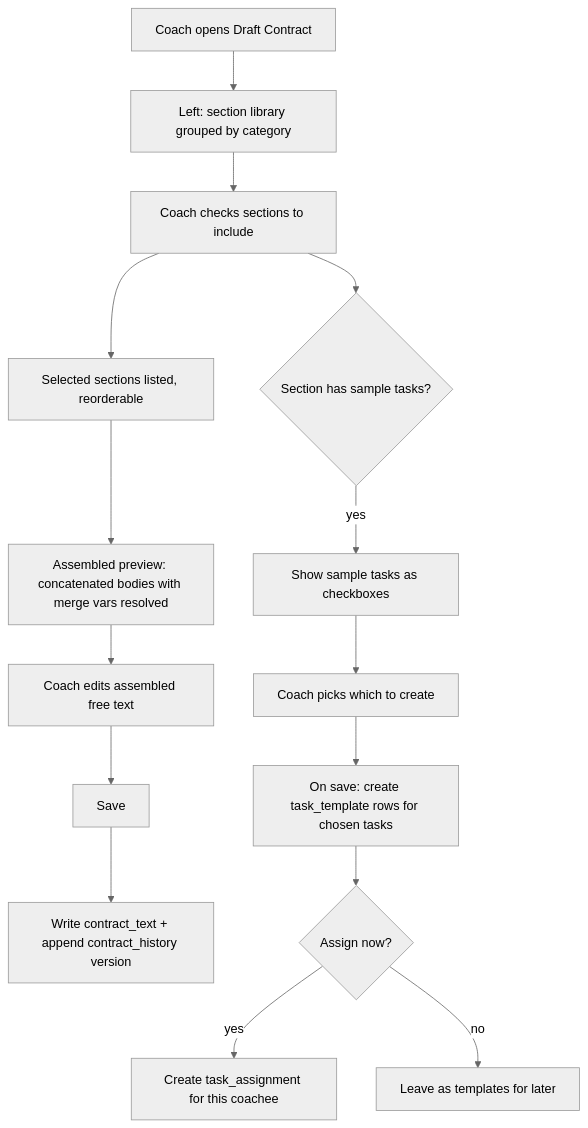
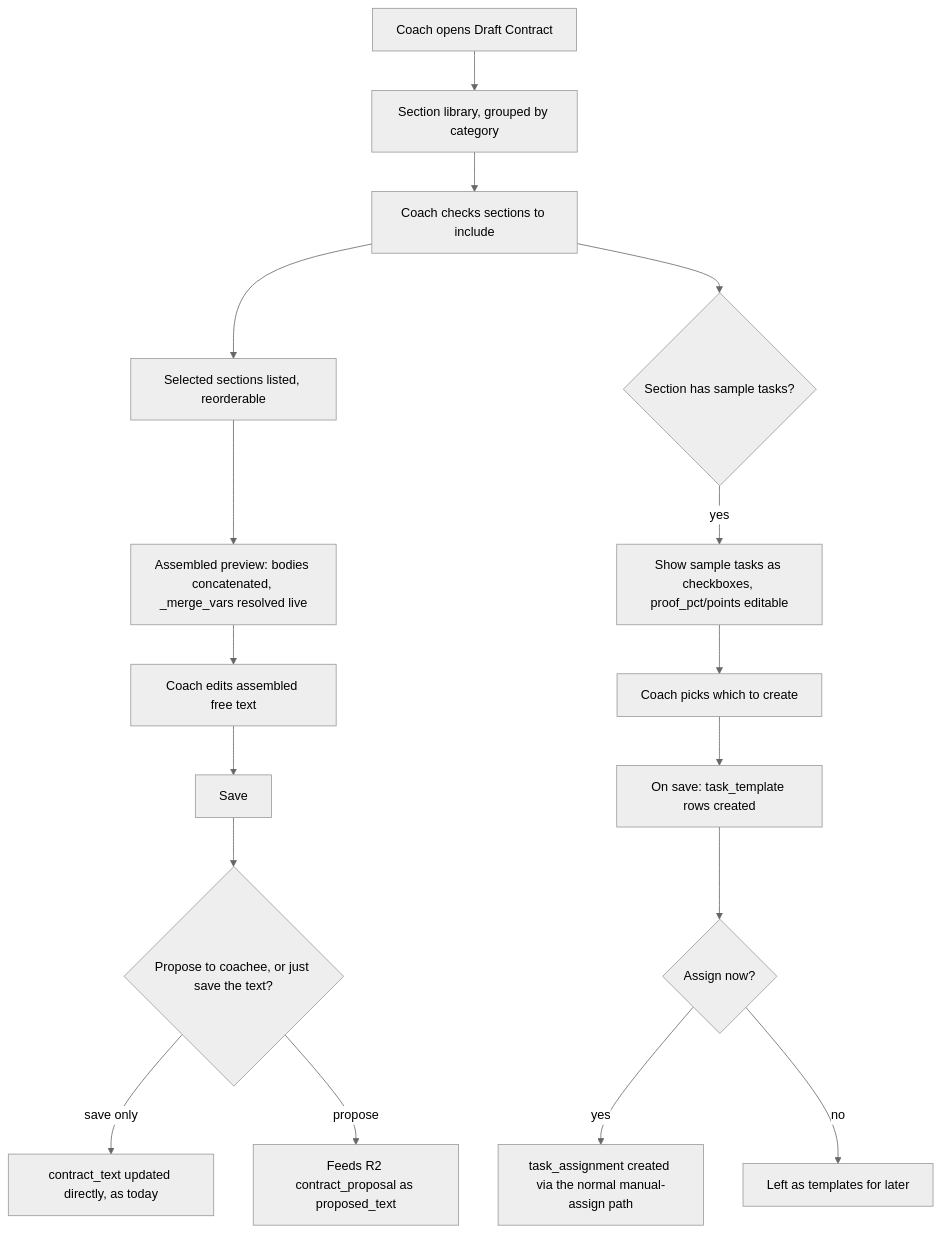
The first of 2 diagrams in devdocs/plan-contract-drafting.md (collaed/dscoach), drawn with Mermaid (neutral theme) before and after one commit. The commit also changed other lines of this file and 4 other files, not shown here.

````diff
--- a/devdocs/plan-contract-drafting.md
+++ b/devdocs/plan-contract-drafting.md
@@ -105,17 +152,19 @@
 ```mermaid
 graph TD
-    A[Coach opens Draft Contract] --> B[Left: section library grouped by category]
+    A[Coach opens Draft Contract] --> B[Section library, grouped by category]
     B --> C[Coach checks sections to include]
     C --> D[Selected sections listed, reorderable]
-    D --> E[Assembled preview: concatenated bodies with merge vars resolved]
+    D --> E[Assembled preview: bodies concatenated, _merge_vars resolved live]
     E --> F[Coach edits assembled free text]
     F --> G[Save]
-    G --> H[Write contract_text + append contract_history version]
-    C --> I{Section has sample tasks?}
-    I -->|yes| J[Show sample tasks as checkboxes]
-    J --> K[Coach picks which to create]
-    K --> L[On save: create task_template rows for chosen tasks]
-    L --> M{Assign now?}
-    M -->|yes| N[Create task_assignment for this coachee]
-    M -->|no| O[Leave as templates for later]
+    C --> H{Section has sample tasks?}
+    H -->|yes| I[Show sample tasks as checkboxes, proof_pct/points editable]
+    I --> J[Coach picks which to create]
+    J --> K[On save: task_template rows created]
+    K --> L{Assign now?}
+    L -->|yes| M[task_assignment created via the normal manual-assign path]
+    L -->|no| N[Left as templates for later]
+    G --> O{Propose to coachee, or just save the text?}
+    O -->|save only| P[contract_text updated directly, as today]
+    O -->|propose| Q[Feeds R2 contract_proposal as proposed_text]
 ```
````
